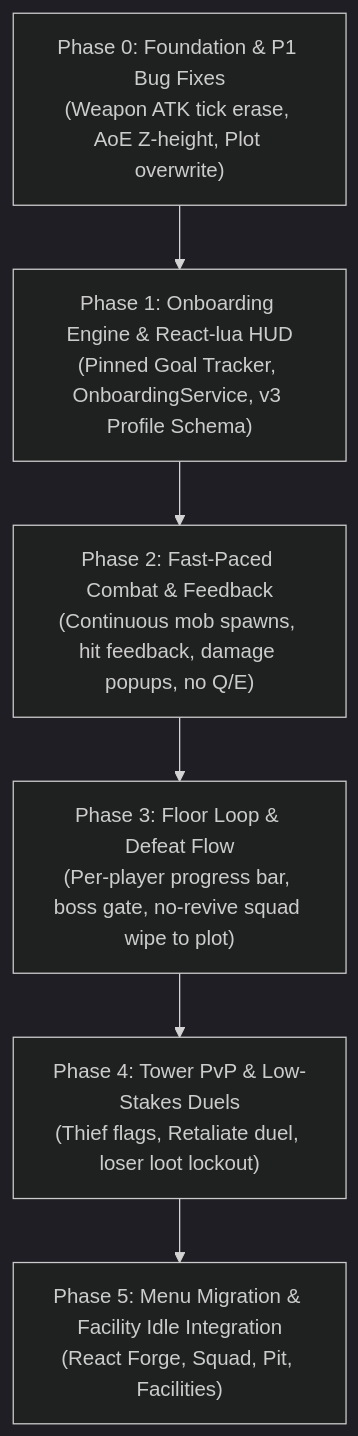
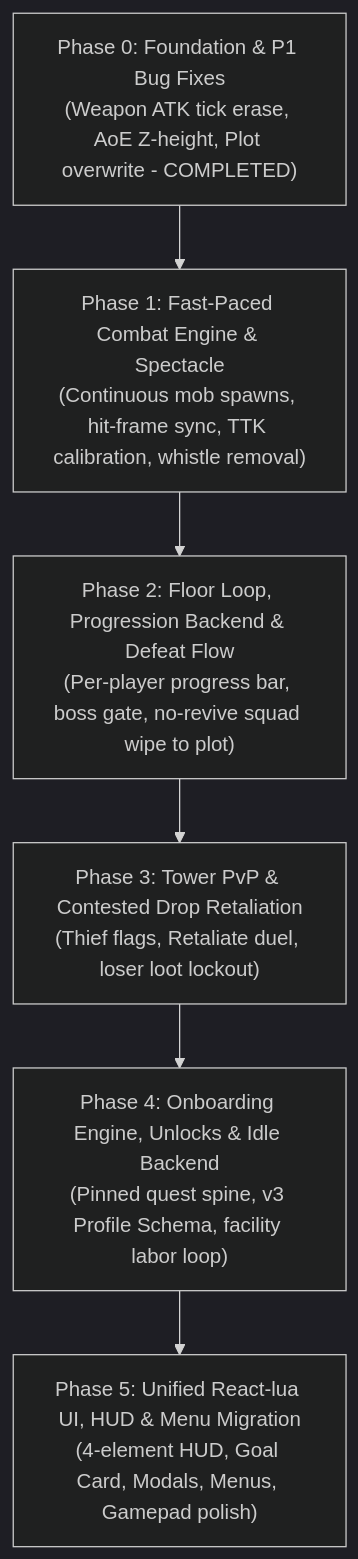
The diagram in docs/rework-plan/README.md (Zaimoo/infinite-tower), drawn with Mermaid (dark theme) before and after one commit. The commit also changed other lines of this file and 10 other files, not shown here.

````diff
--- a/docs/rework-plan/README.md
+++ b/docs/rework-plan/README.md
@@ -12,11 +12,11 @@
 ```mermaid
 flowchart TD
-    P0["Phase 0: Foundation & P1 Bug Fixes\n(Weapon ATK tick erase, AoE Z-height, Plot overwrite)"]
-    P1["Phase 1: Onboarding Engine & React-lua HUD\n(Pinned Goal Tracker, OnboardingService, v3 Profile Schema)"]
-    P2["Phase 2: Fast-Paced Combat & Feedback\n(Continuous mob spawns, hit feedback, damage popups, no Q/E)"]
-    P3["Phase 3: Floor Loop & Defeat Flow\n(Per-player progress bar, boss gate, no-revive squad wipe to plot)"]
-    P4["Phase 4: Tower PvP & Low-Stakes Duels\n(Thief flags, Retaliate duel, loser loot lockout)"]
-    P5["Phase 5: Menu Migration & Facility Idle Integration\n(React Forge, Squad, Pit, Facilities)"]
+    P0["Phase 0: Foundation & P1 Bug Fixes\n(Weapon ATK tick erase, AoE Z-height, Plot overwrite - COMPLETED)"]
+    P1["Phase 1: Fast-Paced Combat Engine & Spectacle\n(Continuous mob spawns, hit-frame sync, TTK calibration, whistle removal)"]
+    P2["Phase 2: Floor Loop, Progression Backend & Defeat Flow\n(Per-player progress bar, boss gate, no-revive squad wipe to plot)"]
+    P3["Phase 3: Tower PvP & Contested Drop Retaliation\n(Thief flags, Retaliate duel, loser loot lockout)"]
+    P4["Phase 4: Onboarding Engine, Unlocks & Idle Backend\n(Pinned quest spine, v3 Profile Schema, facility labor loop)"]
+    P5["Phase 5: Unified React-lua UI, HUD & Menu Migration\n(4-element HUD, Goal Card, Modals, Menus, Gamepad polish)"]
 
     P0 --> P1 --> P2 --> P3 --> P4 --> P5
 ```
````
